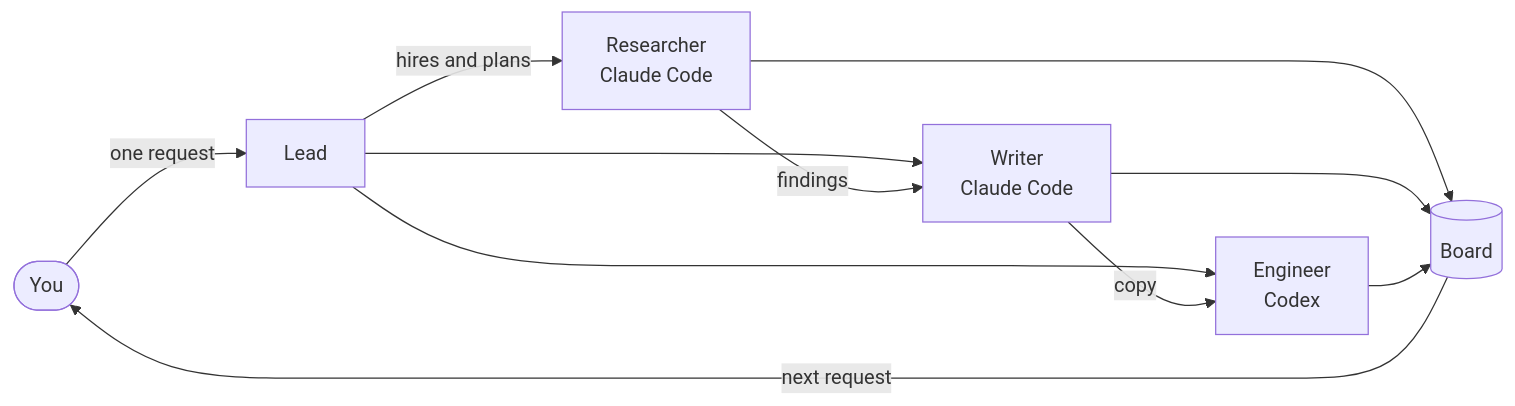
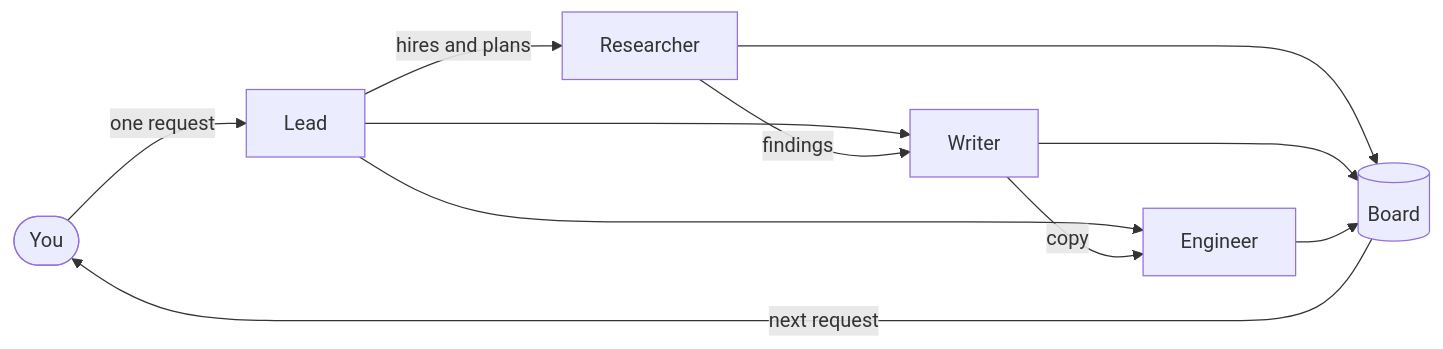
Before and after one commit to zeative/satgas: the diagram in README.md, drawn with Mermaid. The commit also changed other lines of this file and 28 other files, not shown here.

````diff
--- a/README.md
+++ b/README.md
@@ -40,13 +40,13 @@
 ```mermaid
 flowchart LR
   You([You]) -->|one request| Lead[Lead]
-  Lead -->|hires and plans| A[Researcher<br/>Claude Code]
-  Lead --> B[Writer<br/>Claude Code]
-  Lead --> C[Engineer<br/>Codex]
+  Lead -->|hires and plans| A[Researcher]
+  Lead --> B[Writer]
+  Lead --> C[Engineer]
   A -->|findings| B
   B -->|copy| C
   A --> Board[(Board)]
   B --> Board
   C --> Board
   Board -->|next request| You
 ```
````
